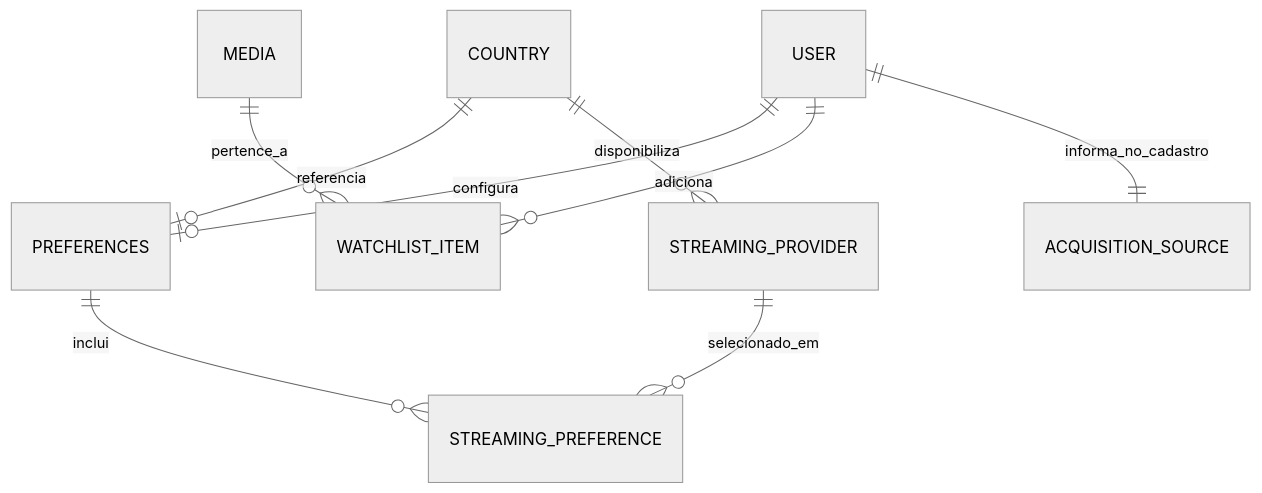
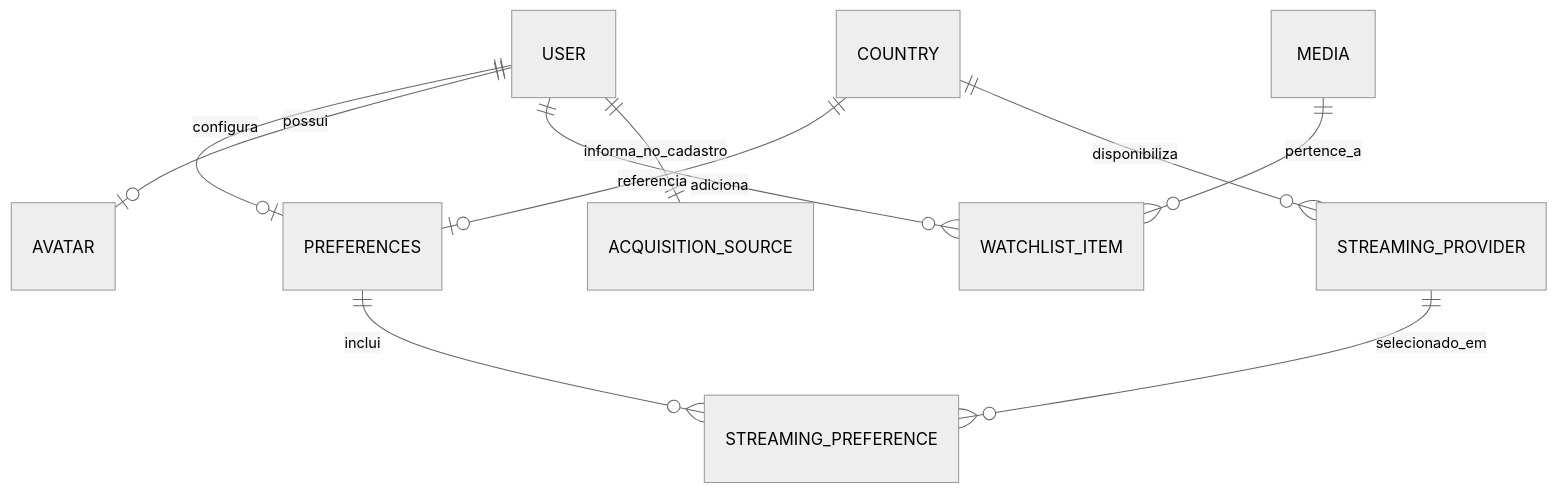
The first of 2 diagrams in docs/SSD.md (omarcosaps/watchly), drawn with Mermaid (neutral theme) before and after one commit. The commit also changed other lines of this file and 2 other files, not shown here.

````diff
--- a/docs/SSD.md
+++ b/docs/SSD.md
@@ -143,11 +147,12 @@
 ```mermaid
 erDiagram
     USER ||--o| PREFERENCES : configura
+    USER ||--o| AVATAR : possui
     USER ||--o{ WATCHLIST_ITEM : adiciona
     USER ||--|| ACQUISITION_SOURCE : informa_no_cadastro
     COUNTRY ||--o| PREFERENCES : referencia
     COUNTRY ||--o{ STREAMING_PROVIDER : disponibiliza
     STREAMING_PROVIDER ||--o{ STREAMING_PREFERENCE : selecionado_em
     PREFERENCES ||--o{ STREAMING_PREFERENCE : inclui
     MEDIA ||--o{ WATCHLIST_ITEM : pertence_a
 ```
````
